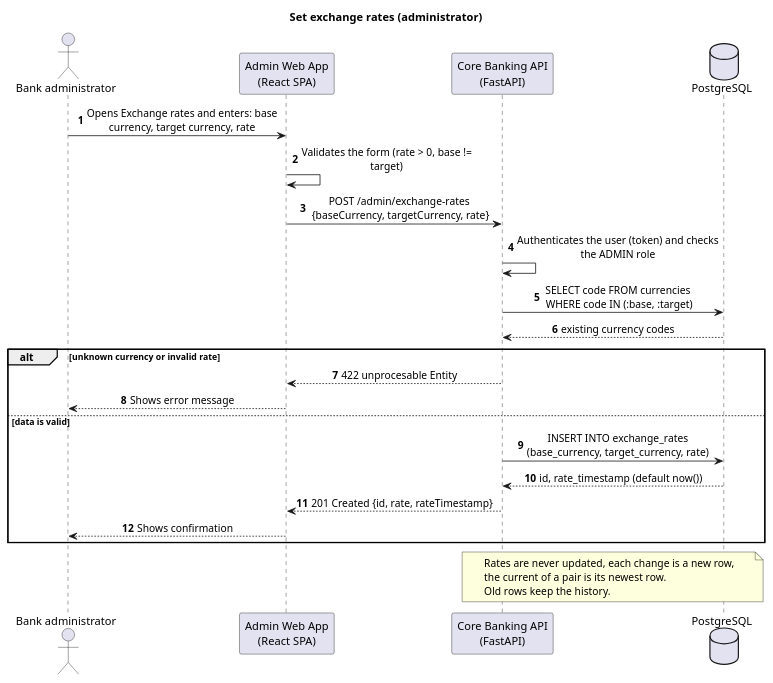
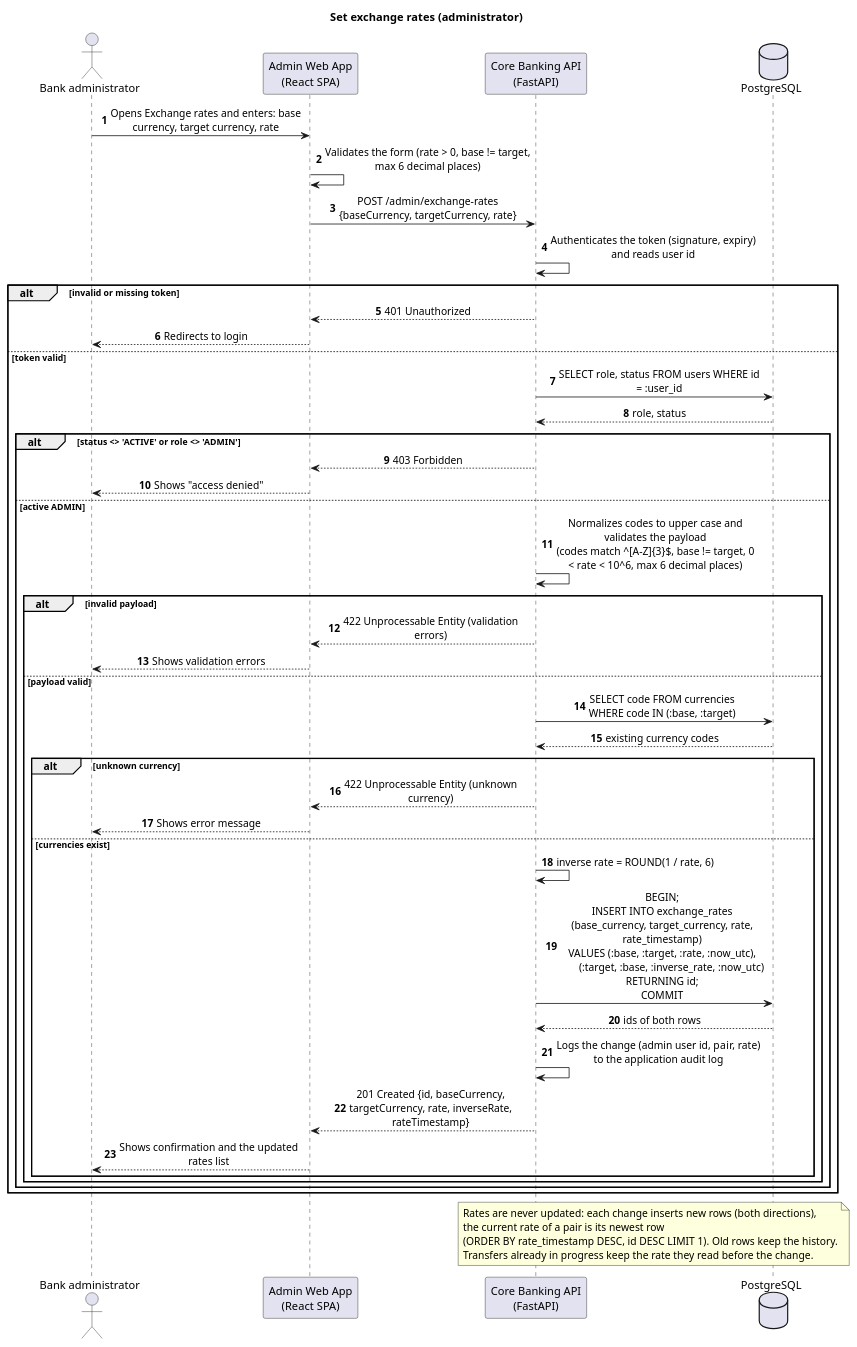
Before and after one commit to K0D1Z/software-engineering-project: the diagram in docs/sequence_diagrams/puml/set_exchange_rates_sequence.puml, drawn with PlantUML. The commit also changed 5 other files, not shown here.

Commit message:
Fix database issue and develop sequence diagrams

```diff
--- a/docs/sequence_diagrams/puml/set_exchange_rates_sequence.puml
+++ b/docs/sequence_diagrams/puml/set_exchange_rates_sequence.puml
@@ -1,30 +1,55 @@
 @startuml
 title Set exchange rates (administrator)
 autonumber
 skinparam sequenceMessageAlign center
 skinparam responseMessageBelowArrow false
 skinparam maxMessageSize 260
 actor "Bank administrator" as admin
 participant "Admin Web App\n(React SPA)" as spa
 participant "Core Banking API\n(FastAPI)" as api
 database "PostgreSQL" as db
 
 admin -> spa : Opens Exchange rates and enters: base currency, target currency, rate
-spa -> spa : Validates the form (rate > 0, base != target)
-spa -> api : POST /admin/exchange-rates\n {baseCurrency, targetCurrency, rate}
-api -> api : Authenticates the user (token) and checks the ADMIN role
-api -> db : SELECT code FROM currencies\n WHERE code IN (:base, :target)
-db --> api : existing currency codes
+spa -> spa : Validates the form (rate > 0, base != target, max 6 decimal places)
+spa -> api : POST /admin/exchange-rates\n{baseCurrency, targetCurrency, rate}
+api -> api : Authenticates the token (signature, expiry) and reads user id
 
-alt unknown currency or invalid rate
-api --> spa : 422 unprocesable Entity
-spa --> admin : Shows error message
-else data is valid 
-api -> db : INSERT INTO exchange_rates (base_currency, target_currency, rate)
-db --> api : id, rate_timestamp (default now())
-api --> spa : 201 Created {id, rate, rateTimestamp}
-spa --> admin : Shows confirmation
+alt invalid or missing token
+    api --> spa : 401 Unauthorized
+    spa --> admin : Redirects to login
+else token valid
+    api -> db : SELECT role, status FROM users WHERE id = :user_id
+    db --> api : role, status
+    alt status <> 'ACTIVE' or role <> 'ADMIN'
+        api --> spa : 403 Forbidden
+        spa --> admin : Shows "access denied"
+    else active ADMIN
+        api -> api : Normalizes codes to upper case and validates the payload\n(codes match ^[A-Z]{3}$, base != target, 0 < rate < 10^6, max 6 decimal places)
+        alt invalid payload
+            api --> spa : 422 Unprocessable Entity (validation errors)
+            spa --> admin : Shows validation errors
+        else payload valid
+            api -> db : SELECT code FROM currencies\nWHERE code IN (:base, :target)
+            db --> api : existing currency codes
+            alt unknown currency
+                api --> spa : 422 Unprocessable Entity (unknown currency)
+                spa --> admin : Shows error message
+            else currencies exist
+                api -> api : inverse rate = ROUND(1 / rate, 6)
+                api -> db : BEGIN;\nINSERT INTO exchange_rates (base_currency, target_currency, rate, rate_timestamp)\nVALUES (:base, :target, :rate, :now_utc),\n       (:target, :base, :inverse_rate, :now_utc)\nRETURNING id;\nCOMMIT
+                db --> api : ids of both rows
+                api -> api : Logs the change (admin user id, pair, rate) to the application audit log
+                api --> spa : 201 Created {id, baseCurrency, targetCurrency, rate, inverseRate, rateTimestamp}
+                spa --> admin : Shows confirmation and the updated rates list
+            end
+        end
+    end
 end
 
-Note over api,db : Rates are never updated, each change is a new row,\nthe current of a pair is its newest row.\nOld rows keep the history.
+note over api, db
+Rates are never updated: each change inserts new rows (both directions),
+the current rate of a pair is its newest row
+(ORDER BY rate_timestamp DESC, id DESC LIMIT 1). Old rows keep the history.
+Transfers already in progress keep the rate they read before the change.
+end note
 @enduml
```
